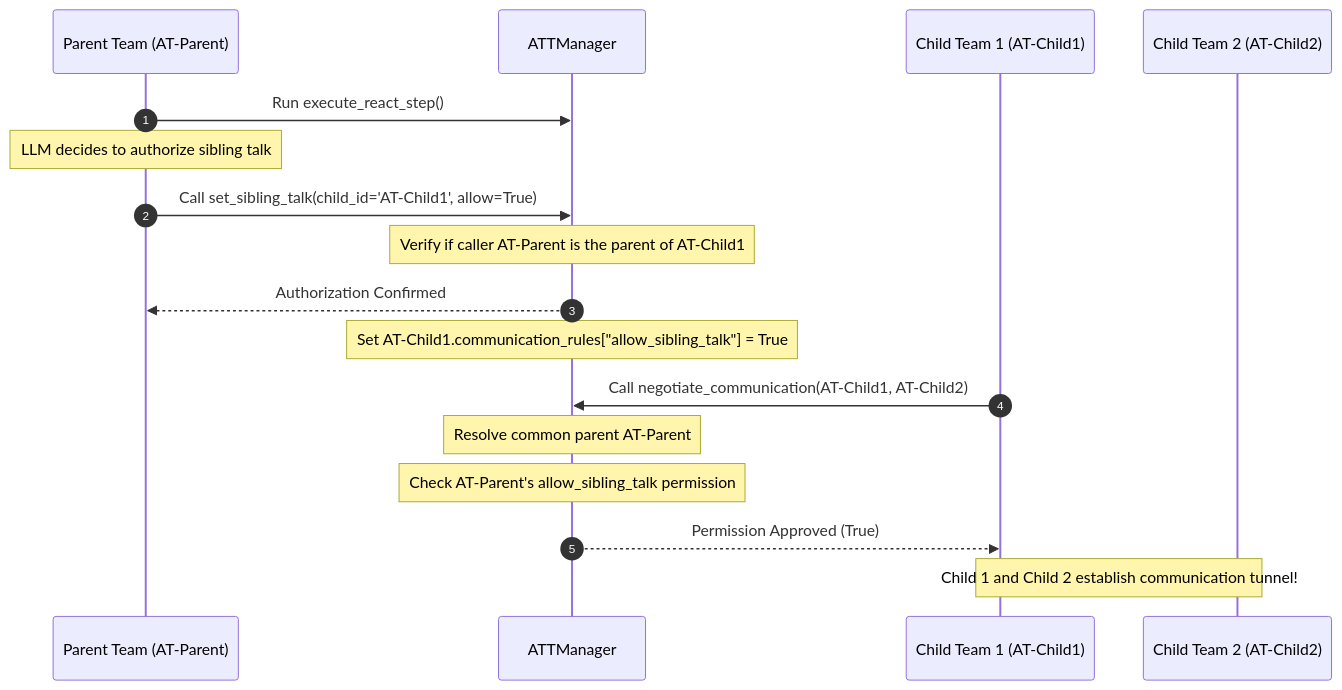
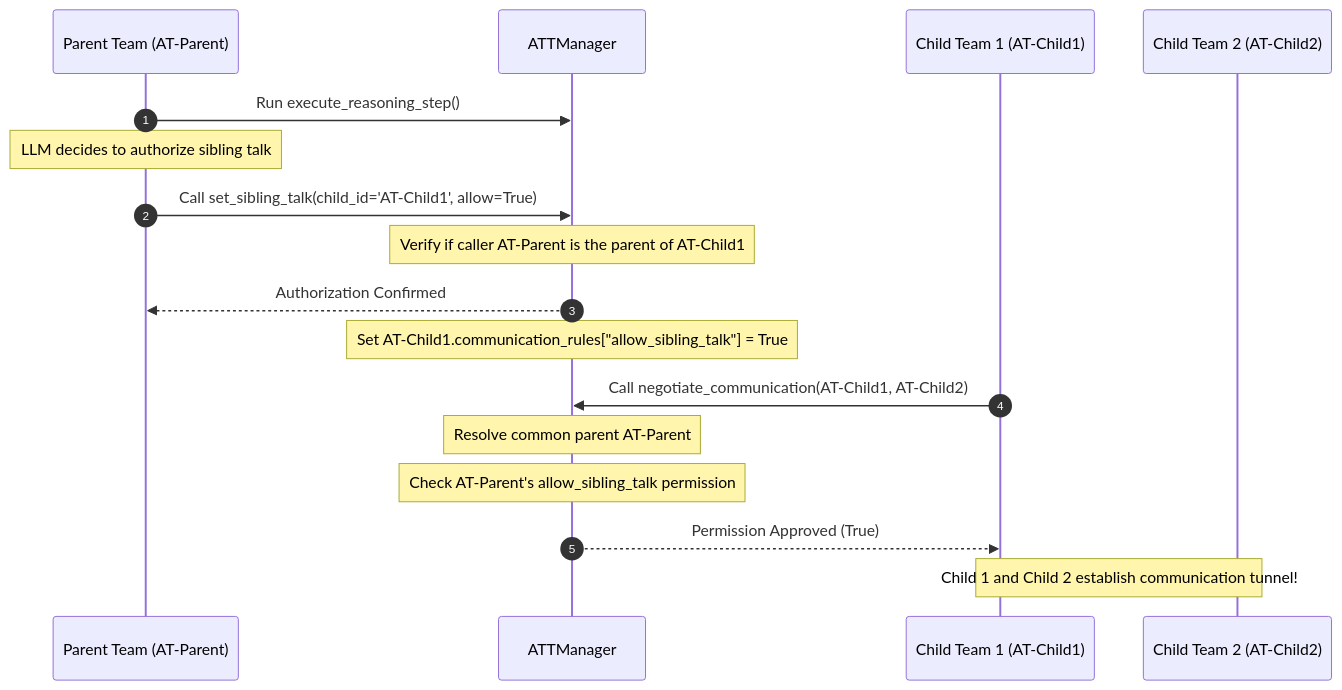
Before and after one commit to AI-Team-Team/AI-Team-Team: the second of 4 diagrams in docs/flowcharts/Spawning_Escalation.md, drawn with Mermaid. The commit also changed other lines of this file and 23 other files, not shown here.

````diff
--- a/docs/flowcharts/Spawning_Escalation.md
+++ b/docs/flowcharts/Spawning_Escalation.md
@@ -42,21 +42,21 @@
 ```mermaid
 sequenceDiagram
     autonumber
     participant Parent as Parent Team (AT-Parent)
     participant Manager as ATTManager
     participant Child1 as Child Team 1 (AT-Child1)
     participant Child2 as Child Team 2 (AT-Child2)
     
-    Parent->>Manager: Run execute_react_step()
+    Parent->>Manager: Run execute_reasoning_step()
     Note over Parent: LLM decides to authorize sibling talk
     Parent->>Manager: Call set_sibling_talk(child_id='AT-Child1', allow=True)
     Note over Manager: Verify if caller AT-Parent is the parent of AT-Child1
     Manager-->>Parent: Authorization Confirmed
     Note over Manager: Set AT-Child1.communication_rules["allow_sibling_talk"] = True
     
     Child1->>Manager: Call negotiate_communication(AT-Child1, AT-Child2)
     Note over Manager: Resolve common parent AT-Parent
     Note over Manager: Check AT-Parent's allow_sibling_talk permission
     Manager-->>Child1: Permission Approved (True)
     Note over Child1, Child2: Child 1 and Child 2 establish communication tunnel!
 ```
````
